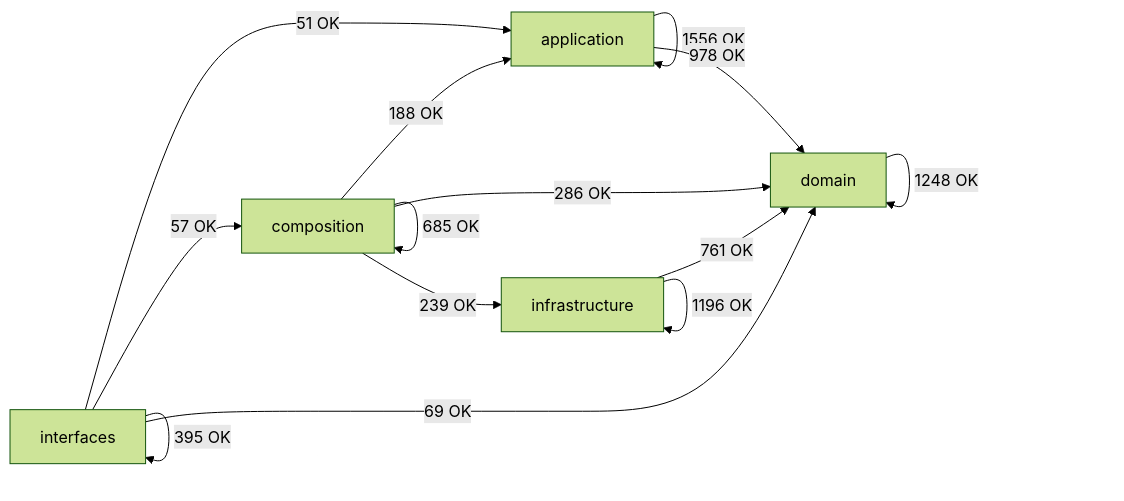
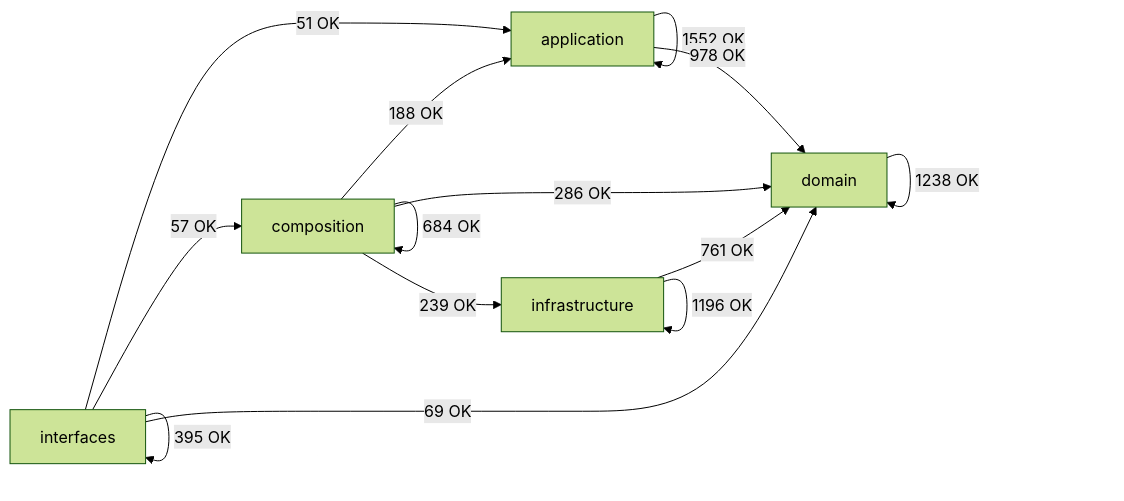
The diagram in docs/02-architecture/generated/module-dependency-map.md (SatoryKono/BioactivityDataAcquisition), drawn with Mermaid (forest theme) before and after one commit. The commit also changed other lines of this file and 40 other files, not shown here.

````diff
--- a/docs/02-architecture/generated/module-dependency-map.md
+++ b/docs/02-architecture/generated/module-dependency-map.md
@@ -17,21 +17,21 @@
 ```mermaid
 flowchart LR
     domain[domain]
     application[application]
     infrastructure[infrastructure]
     composition[composition]
     interfaces[interfaces]
-    application -->|1556 OK| application
+    application -->|1552 OK| application
     application -->|978 OK| domain
     composition -->|188 OK| application
-    composition -->|685 OK| composition
+    composition -->|684 OK| composition
     composition -->|286 OK| domain
     composition -->|239 OK| infrastructure
-    domain -->|1248 OK| domain
+    domain -->|1238 OK| domain
     infrastructure -->|761 OK| domain
     infrastructure -->|1196 OK| infrastructure
     interfaces -->|51 OK| application
     interfaces -->|57 OK| composition
     interfaces -->|69 OK| domain
     interfaces -->|395 OK| interfaces
 ```
````
